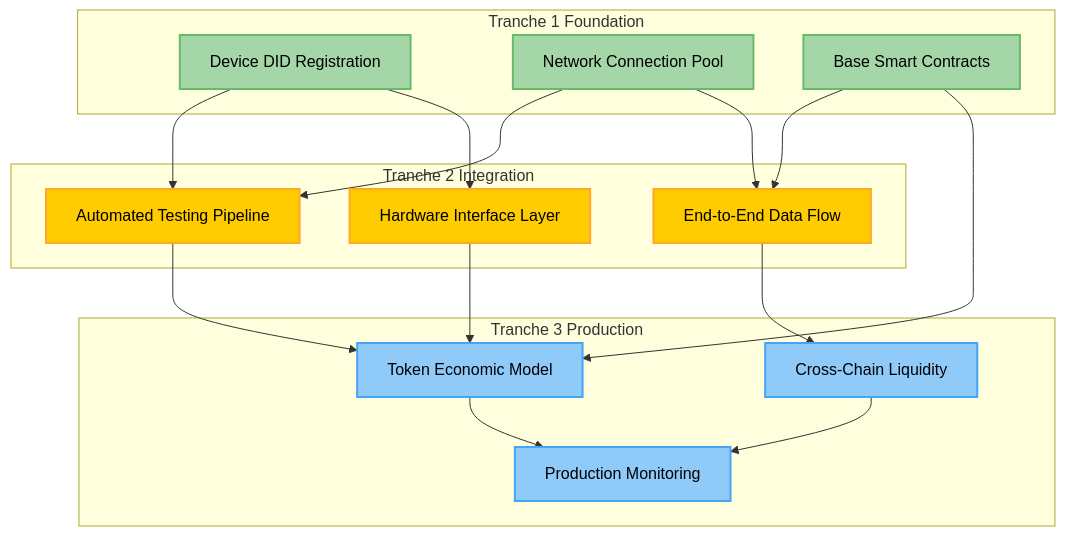
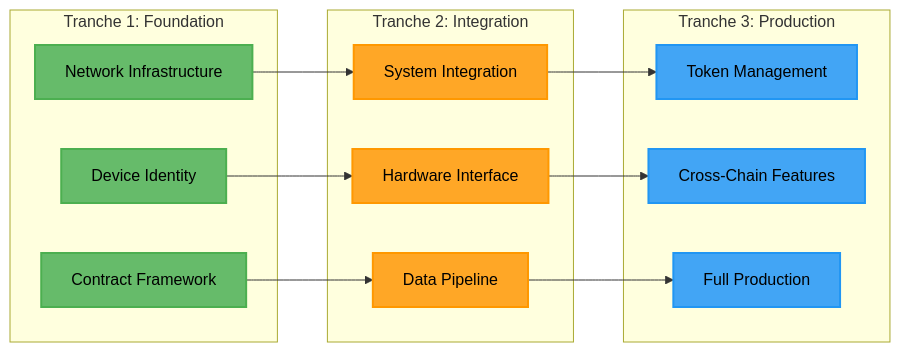
Diagram 11 of 12 in README.md (brn-mwai/aximobility-blockchain), drawn with Mermaid before and after one commit. The commit also changed other lines of this file, not shown here.

````diff
--- a/README.md
+++ b/README.md
@@ -298,42 +433,37 @@
 ```mermaid
-flowchart TD
-    subgraph "Tranche 1 Foundation"
-        A[Device DID Registration]
-        B[Network Connection Pool]
-        C[Base Smart Contracts]
+graph LR
+    subgraph "Tranche 1: Foundation"
+        A[Network Infrastructure]
+        B[Device Identity]
+        C[Contract Framework]
     end
     
-    subgraph "Tranche 2 Integration"
-        D[Automated Testing Pipeline]
-        E[Hardware Interface Layer]
-        F[End-to-End Data Flow]
+    subgraph "Tranche 2: Integration"
+        D[System Integration]
+        E[Hardware Interface]
+        F[Data Pipeline]
     end
     
-    subgraph "Tranche 3 Production"
-        G[Token Economic Model]
-        H[Cross-Chain Liquidity]
-        I[Production Monitoring]
+    subgraph "Tranche 3: Production"
+        G[Token Management]
+        H[Cross-Chain Features]
+        I[Full Production]
     end
     
     A --> D
-    A --> E
-    B --> D
-    B --> F
+    B --> E
     C --> F
-    C --> G
     D --> G
-    E --> G
-    F --> H
-    G --> I
-    H --> I
+    E --> H
+    F --> I
     
-    style A fill:#A5D6A7,stroke:#66BB6A,stroke-width:2px,color:#000
-    style B fill:#A5D6A7,stroke:#66BB6A,stroke-width:2px,color:#000
-    style C fill:#A5D6A7,stroke:#66BB6A,stroke-width:2px,color:#000
-    style D fill:#FFCC02,stroke:#FFA726,stroke-width:2px,color:#000
-    style E fill:#FFCC02,stroke:#FFA726,stroke-width:2px,color:#000
-    style F fill:#FFCC02,stroke:#FFA726,stroke-width:2px,color:#000
-    style G fill:#90CAF9,stroke:#42A5F5,stroke-width:2px,color:#000
-    style H fill:#90CAF9,stroke:#42A5F5,stroke-width:2px,color:#000
-    style I fill:#90CAF9,stroke:#42A5F5,stroke-width:2px,color:#000
+    style A fill:#66BB6A,stroke:#4CAF50,stroke-width:2px,color:#000
+    style B fill:#66BB6A,stroke:#4CAF50,stroke-width:2px,color:#000
+    style C fill:#66BB6A,stroke:#4CAF50,stroke-width:2px,color:#000
+    style D fill:#FFA726,stroke:#FF9800,stroke-width:2px,color:#000
+    style E fill:#FFA726,stroke:#FF9800,stroke-width:2px,color:#000
+    style F fill:#FFA726,stroke:#FF9800,stroke-width:2px,color:#000
+    style G fill:#42A5F5,stroke:#2196F3,stroke-width:2px,color:#000
+    style H fill:#42A5F5,stroke:#2196F3,stroke-width:2px,color:#000
+    style I fill:#42A5F5,stroke:#2196F3,stroke-width:2px,color:#000
 ```
````
